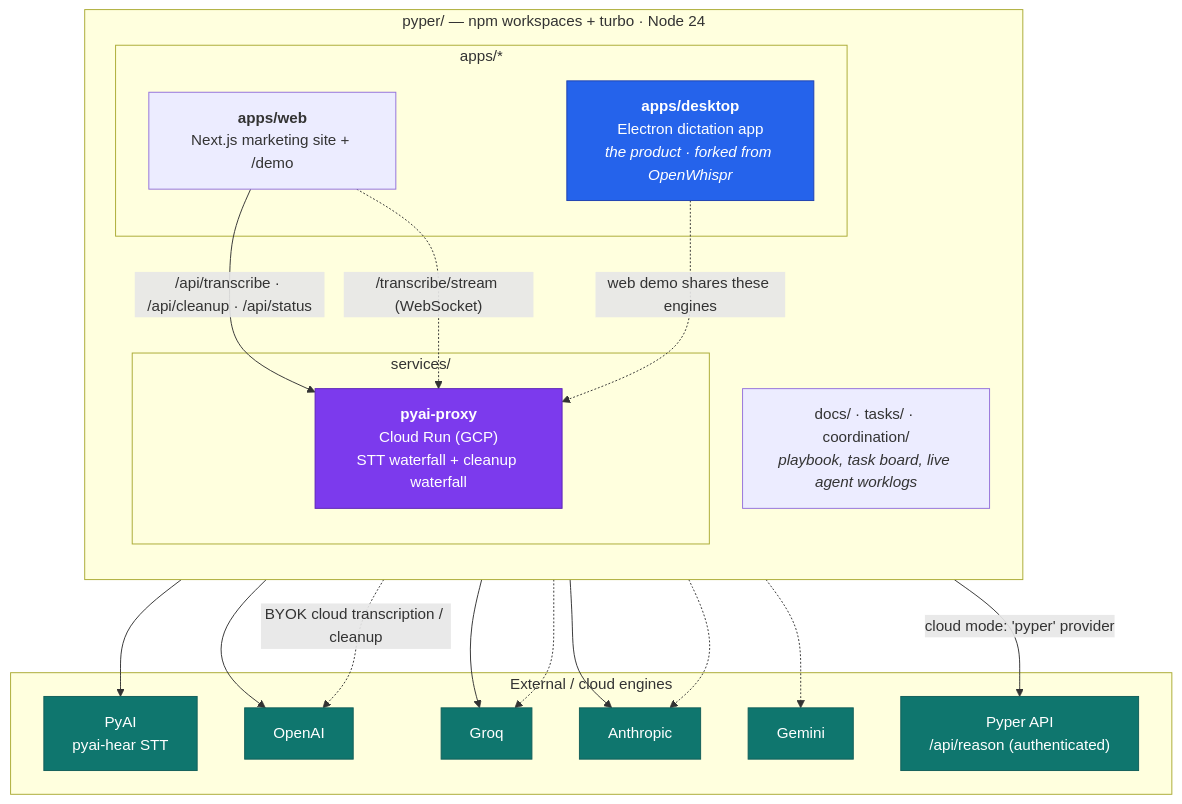
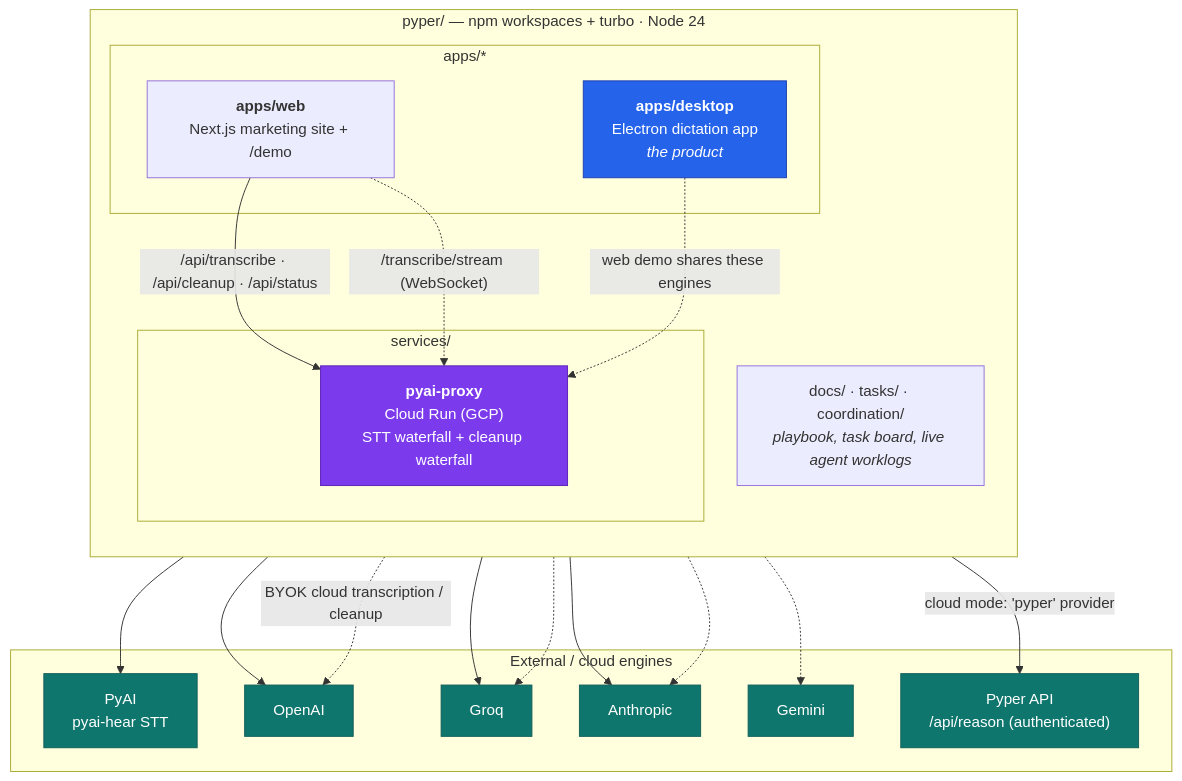
Before and after one commit to prateekjain98/pyper: the first of 4 diagrams in docs/architecture.md, drawn with Mermaid. The commit also changed 3 other files, not shown here.

First line of the commit message:
docs: Pyper is not a fork of OpenWhispr — correct the record

````diff
--- a/docs/architecture.md
+++ b/docs/architecture.md
@@ -20,47 +20,47 @@
 ```mermaid
 graph TB
   subgraph Repo["pyper/ — npm workspaces + turbo · Node 24"]
     direction TB
 
     subgraph AppsWS["apps/*"]
-      Desktop["<b>apps/desktop</b><br/>Electron dictation app<br/><i>the product · forked from OpenWhispr</i>"]
+      Desktop["<b>apps/desktop</b><br/>Electron dictation app<br/><i>the product</i>"]
       Web["<b>apps/web</b><br/>Next.js marketing site + /demo"]
     end
 
     subgraph Svc["services/"]
       Proxy["<b>pyai-proxy</b><br/>Cloud Run (GCP)<br/>STT waterfall + cleanup waterfall"]
     end
 
     Meta["docs/ · tasks/ · coordination/<br/><i>playbook, task board, live agent worklogs</i>"]
   end
 
   subgraph Cloud["External / cloud engines"]
     PyAI["PyAI<br/>pyai-hear STT"]
     OpenAI["OpenAI"]
     Groq["Groq"]
     Anthropic["Anthropic"]
     Gemini["Gemini"]
     PyperAPI["Pyper API<br/>/api/reason (authenticated)"]
   end
 
   Web -->|"/api/transcribe · /api/cleanup · /api/status"| Proxy
   Web -.->|"/transcribe/stream (WebSocket)"| Proxy
   Desktop -->|"cloud mode: 'pyper' provider"| PyperAPI
   Desktop -.->|"web demo shares these engines"| Proxy
   Proxy --> PyAI
   Proxy --> OpenAI
   Proxy --> Groq
   Proxy --> Anthropic
 
   Desktop -.->|"BYOK cloud transcription / cleanup"| OpenAI
   Desktop -.-> Anthropic
   Desktop -.-> Gemini
   Desktop -.-> Groq
 
   classDef product fill:#2563eb,stroke:#1e40af,color:#fff;
   classDef svc fill:#7c3aed,stroke:#5b21b6,color:#fff;
   classDef cloud fill:#0f766e,stroke:#115e59,color:#fff;
   class Desktop product;
   class Proxy svc;
   class PyAI,OpenAI,Groq,Anthropic,Gemini,PyperAPI cloud;
 ```
````
